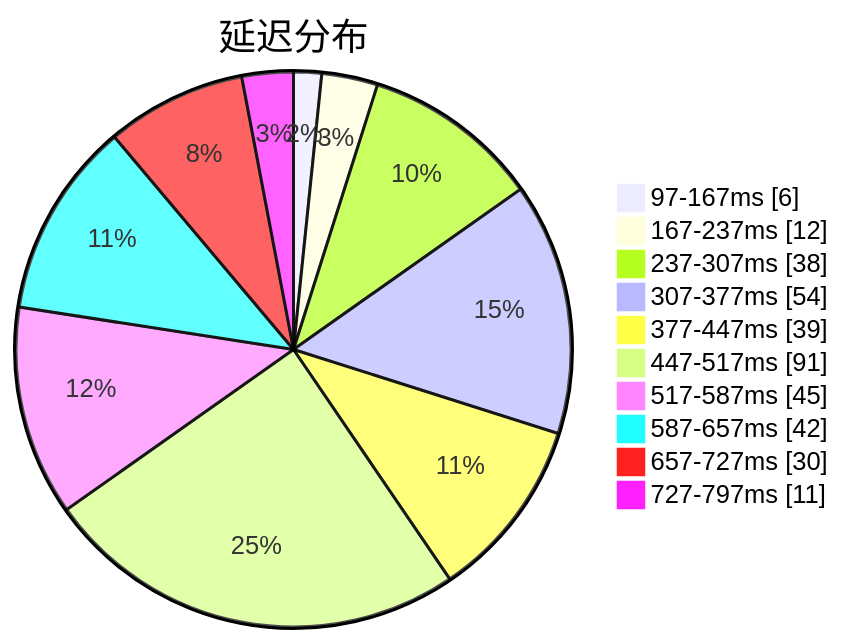
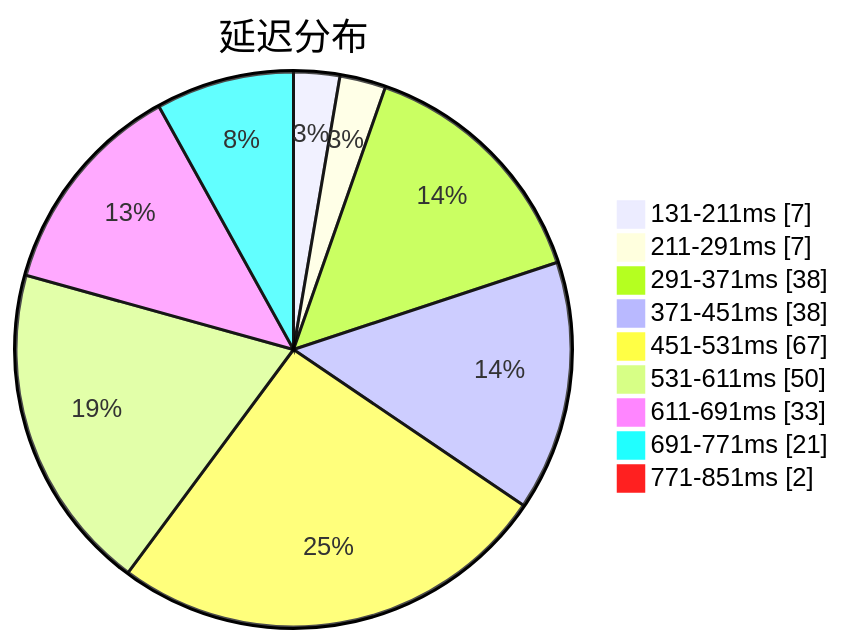
The first of 3 diagrams in subs/statistics/tested_within.md (sinspired/airport), drawn with Mermaid before and after one commit. The commit also changed other lines of this file and 2 other files, not shown here.

````diff
--- a/subs/statistics/tested_within.md
+++ b/subs/statistics/tested_within.md
@@ -2,14 +2,13 @@
 ```mermaid
 pie showData
 title 延迟分布
-"97-167ms" : 6
-"167-237ms" : 12
-"237-307ms" : 38
-"307-377ms" : 54
-"377-447ms" : 39
-"447-517ms" : 91
-"517-587ms" : 45
-"587-657ms" : 42
-"657-727ms" : 30
-"727-797ms" : 11
+"131-211ms" : 7
+"211-291ms" : 7
+"291-371ms" : 38
+"371-451ms" : 38
+"451-531ms" : 67
+"531-611ms" : 50
+"611-691ms" : 33
+"691-771ms" : 21
+"771-851ms" : 2
 ```
````
